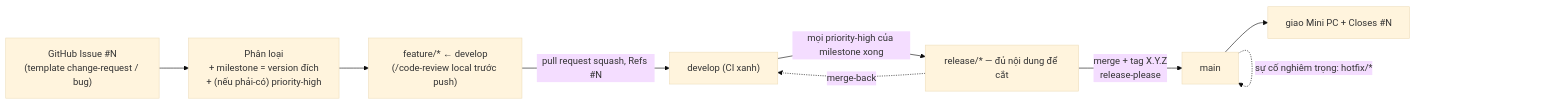
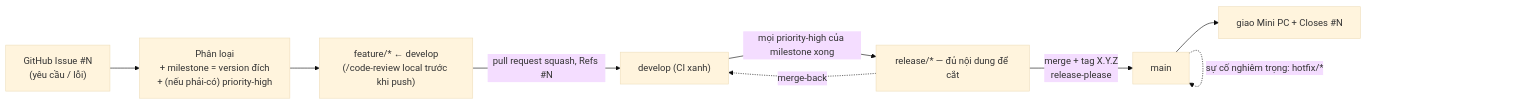
One commit to manhcuongdtbk/electric-water-management changed the diagram in docs/superpowers/specs/2026-06-09-huong-dan-sdlc-onboarding-design.md. Above: the diagram before and after it, drawn with Mermaid (base theme). The commit also changed other lines of this file, not shown here.

````diff
--- a/docs/superpowers/specs/2026-06-09-huong-dan-sdlc-onboarding-design.md
+++ b/docs/superpowers/specs/2026-06-09-huong-dan-sdlc-onboarding-design.md
@@ -41,11 +50,11 @@
 ```mermaid
 flowchart LR
-  I["GitHub Issue #N<br/>(template change-request / bug)"] --> T["Phân loại<br/>+ milestone = version đích<br/>+ (nếu phải-có) priority-high"]
-  T --> F["feature/* ← develop<br/>(/code-review local trước push)"]
+  I["GitHub Issue #N<br/>(yêu cầu / lỗi)"] --> T["Phân loại<br/>+ milestone = version đích<br/>+ (nếu phải-có) priority-high"]
+  T --> F["feature/* ← develop<br/>(/code-review local trước khi push)"]
   F -->|pull request squash, Refs #N| D["develop (CI xanh)"]
   D -->|mọi priority-high của milestone xong| R["release/* — đủ nội dung để cắt"]
   R -->|merge + tag X.Y.Z<br/>release-please| M["main"]
   M --> G["giao Mini PC + Closes #N"]
   R -.->|merge-back| D
   M -.->|sự cố nghiêm trọng: hotfix/*| M
 ```
````
